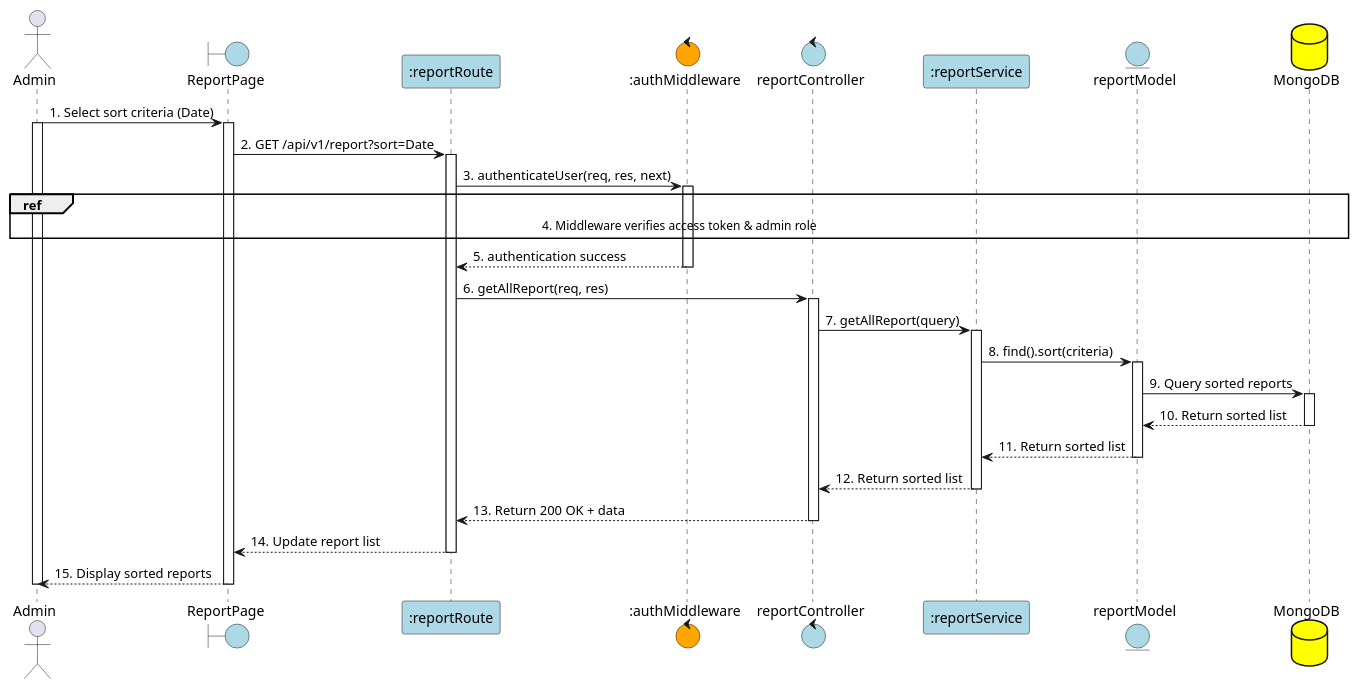
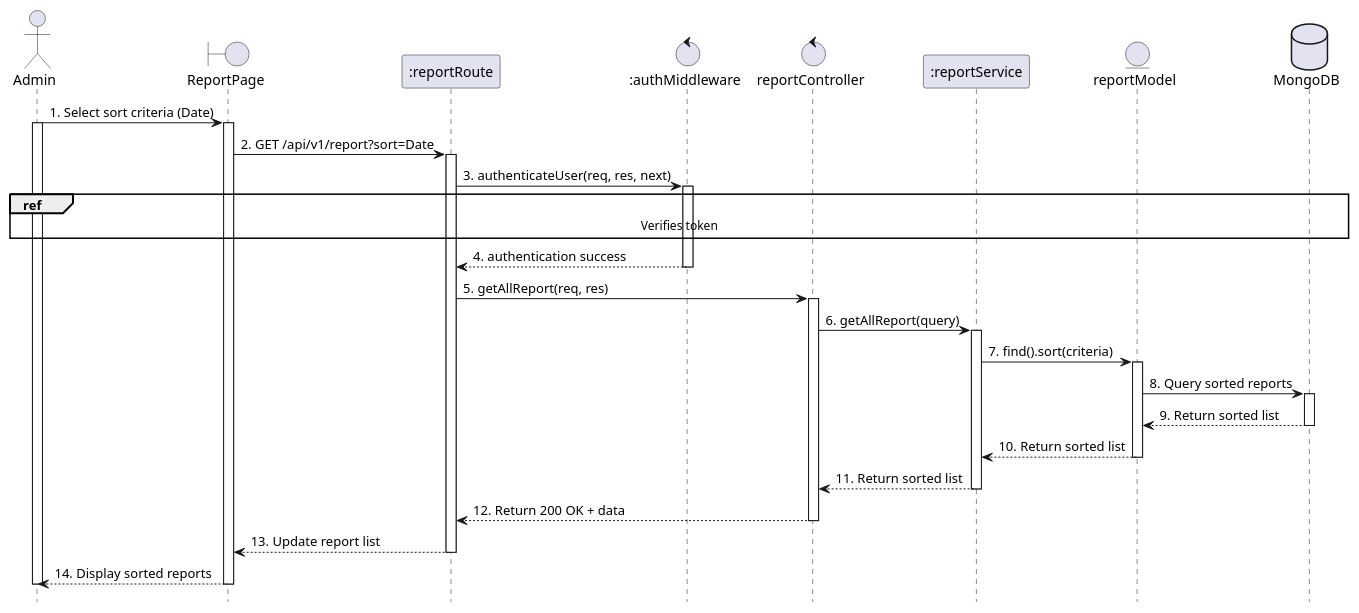
Before and after one commit to VietDurian/VietDurian: the diagram in planuml/web/19.6_sortReport.puml, drawn with PlantUML. The commit also changed 22 other files, not shown here.

Commit message:
update sequence + be: fix type-product-pagination

```diff
--- a/planuml/web/19.6_sortReport.puml
+++ b/planuml/web/19.6_sortReport.puml
@@ -1,57 +1,58 @@
 @startuml SortReport
 
 actor Admin
-boundary "ReportPage" as View #lightblue
-participant ":reportRoute" as Route #lightblue
-control ":authMiddleware" as Auth #Orange
-control "reportController" as Controller #lightblue
-participant ":reportService" as Service #lightblue
-entity "reportModel" as Model #lightblue
-database "MongoDB" as MongoDB #yellow
+boundary "ReportPage" as View 
+participant ":reportRoute" as Route 
+control ":authMiddleware" as Auth 
+control "reportController" as Controller 
+participant ":reportService" as Service 
+entity "reportModel" as Model 
+database "MongoDB" as MongoDB 
+hide footbox
 
 Admin -> View: 1. Select sort criteria (Date)
 activate Admin
 activate View
 
 View -> Route: 2. GET /api/v1/report?sort=Date
 activate Route
 
 Route -> Auth: 3. authenticateUser(req, res, next)
 activate Auth
-ref over Admin, View, Route, Auth, Controller, Service, Model, MongoDB : 4. Middleware verifies access token & admin role
+ref over Admin, MongoDB : Verifies token
 
-Auth --> Route: 5. authentication success
+Auth --> Route: 4. authentication success
 deactivate Auth
 
-Route -> Controller: 6. getAllReport(req, res)
+Route -> Controller: 5. getAllReport(req, res)
 activate Controller
 
-Controller -> Service: 7. getAllReport(query)
+Controller -> Service: 6. getAllReport(query)
 activate Service
 
-Service -> Model: 8. find().sort(criteria)
+Service -> Model: 7. find().sort(criteria)
 activate Model
 
-Model -> MongoDB: 9. Query sorted reports
+Model -> MongoDB: 8. Query sorted reports
 activate MongoDB
 
-MongoDB --> Model: 10. Return sorted list
+MongoDB --> Model: 9. Return sorted list
 deactivate MongoDB
 
-Model --> Service: 11. Return sorted list
+Model --> Service: 10. Return sorted list
 deactivate Model
 
-Service --> Controller: 12. Return sorted list
+Service --> Controller: 11. Return sorted list
 deactivate Service
 
-Controller --> Route: 13. Return 200 OK + data
+Controller --> Route: 12. Return 200 OK + data
 deactivate Controller
 
-Route --> View: 14. Update report list
+Route --> View: 13. Update report list
 deactivate Route
 
-View --> Admin: 15. Display sorted reports
+View --> Admin: 14. Display sorted reports
 deactivate View
 deactivate Admin
 
 @enduml
```
